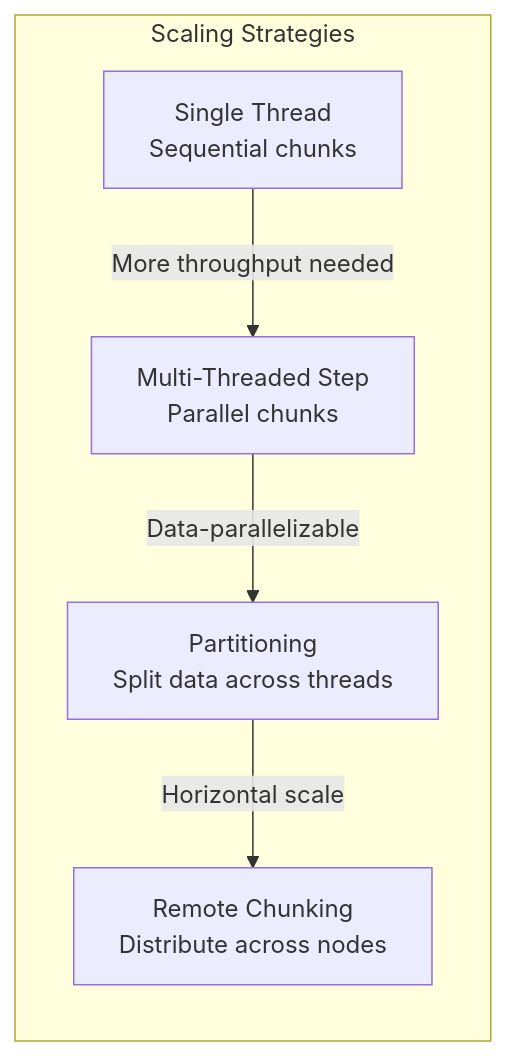
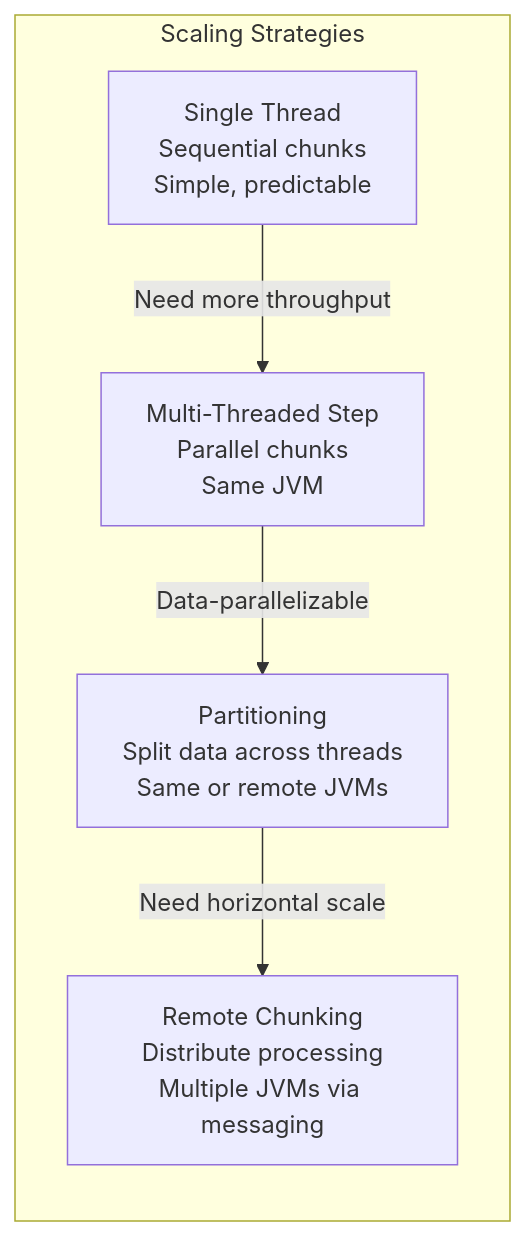
One commit to aabdulk862/cs-reference-guide changed the second of 3 diagrams in content/backend/spring-framework/spring-batch.md. Above: the diagram before and after it, drawn with Mermaid. The commit also changed other lines of this file and 113 other files, not shown here.

````diff
--- a/content/backend/spring-framework/spring-batch.md
+++ b/content/backend/spring-framework/spring-batch.md
@@ -247,13 +478,13 @@
 ```mermaid
 graph LR
     subgraph "Scaling Strategies"
-        SINGLE[Single Thread<br/>Sequential chunks]
-        MULTI[Multi-Threaded Step<br/>Parallel chunks]
-        PARTITION[Partitioning<br/>Split data across threads]
-        REMOTE[Remote Chunking<br/>Distribute across nodes]
+        SINGLE[Single Thread<br/>Sequential chunks<br/>Simple, predictable]
+        MULTI[Multi-Threaded Step<br/>Parallel chunks<br/>Same JVM]
+        PARTITION[Partitioning<br/>Split data across threads<br/>Same or remote JVMs]
+        REMOTE[Remote Chunking<br/>Distribute processing<br/>Multiple JVMs via messaging]
     end
 
-    SINGLE -->|More throughput needed| MULTI
-    MULTI -->|Data-parallelizable| PARTITION
-    PARTITION -->|Horizontal scale| REMOTE
+    SINGLE -->|"Need more throughput"| MULTI
+    MULTI -->|"Data-parallelizable"| PARTITION
+    PARTITION -->|"Need horizontal scale"| REMOTE
 ```
````
